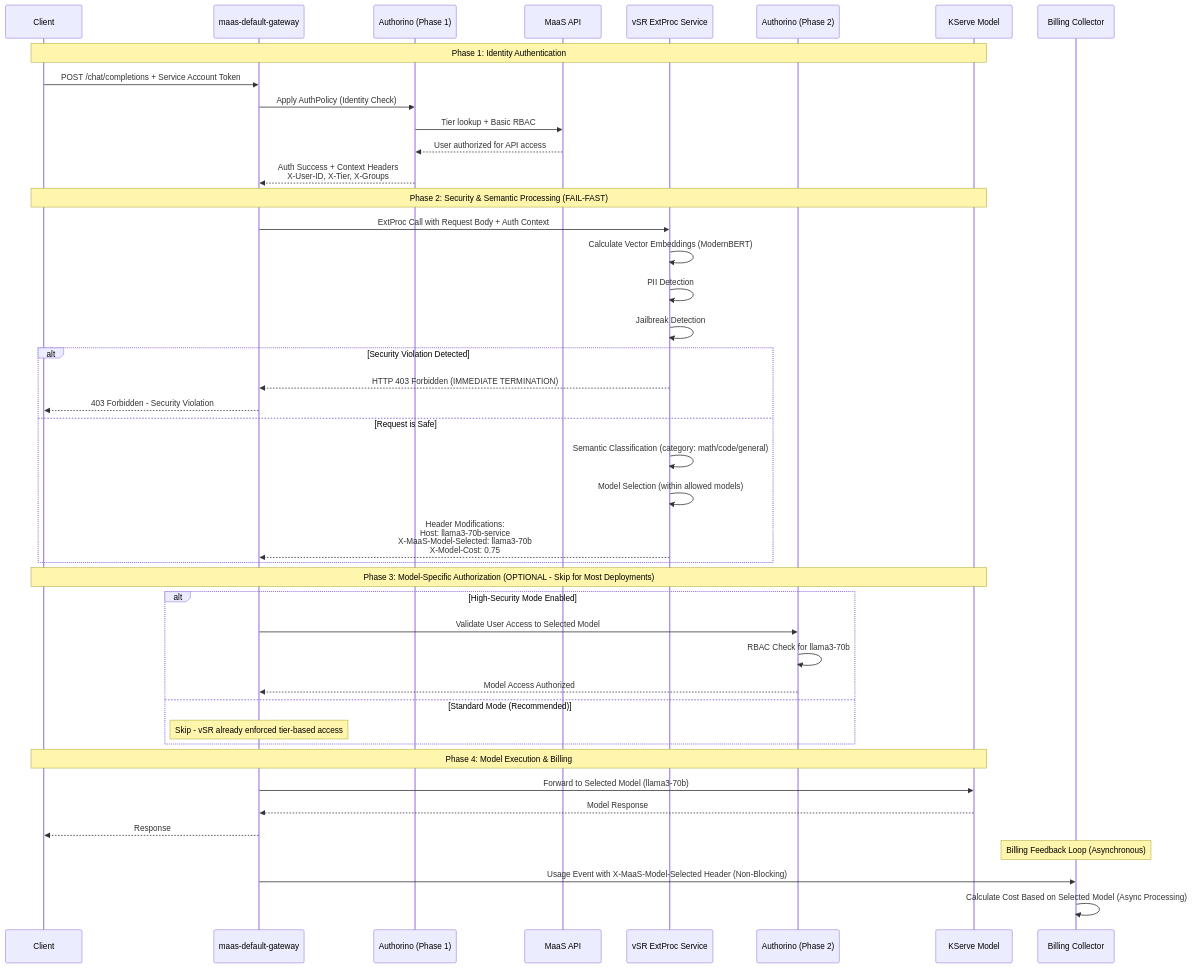
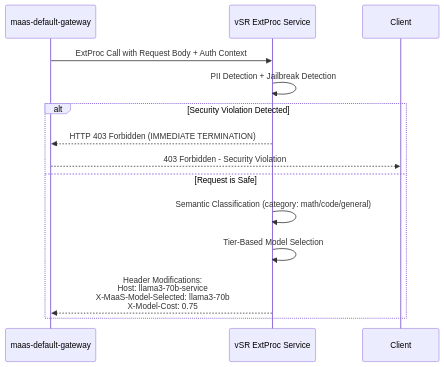
One commit to noyitz/maas-billing changed the tenth of 12 diagrams in docs/designs/vSR-Integration/README.md. Above: the diagram before and after it, drawn with Mermaid. The commit also changed other lines of this file, not shown here.

First line of the commit message:
Improve document clarity: break flow into phases and emphasize hybrid approach

````diff
--- a/docs/designs/vSR-Integration/README.md
+++ b/docs/designs/vSR-Integration/README.md
@@ -370,51 +382,18 @@
 ```mermaid
 sequenceDiagram
+    participant Gateway as maas-default-gateway
+    participant vSR as vSR ExtProc Service
     participant Client
-    participant Gateway as maas-default-gateway
-    participant Authorino as Authorino (Phase 1)
-    participant MaaSAPI as MaaS API
-    participant vSR as vSR ExtProc Service
-    participant Authorino2 as Authorino (Phase 2)
-    participant KServe as KServe Model
-    participant Billing as Billing Collector
     
-    Note over Client,KServe: Phase 1: Identity Authentication
-    Client->>Gateway: POST /chat/completions + Service Account Token
-    Gateway->>Authorino: Apply AuthPolicy (Identity Check)
-    Authorino->>MaaSAPI: Tier lookup + Basic RBAC
-    MaaSAPI-->>Authorino: User authorized for API access
-    Authorino-->>Gateway: Auth Success + Context Headers<br/>X-User-ID, X-Tier, X-Groups
-    
-    Note over Client,KServe: Phase 2: Security & Semantic Processing (FAIL-FAST)
     Gateway->>vSR: ExtProc Call with Request Body + Auth Context
-    vSR->>vSR: Calculate Vector Embeddings (ModernBERT)
-    vSR->>vSR: PII Detection
-    vSR->>vSR: Jailbreak Detection
+    vSR->>vSR: PII Detection + Jailbreak Detection
     
     alt Security Violation Detected
         vSR-->>Gateway: HTTP 403 Forbidden (IMMEDIATE TERMINATION)
         Gateway-->>Client: 403 Forbidden - Security Violation
     else Request is Safe
         vSR->>vSR: Semantic Classification (category: math/code/general)
-        vSR->>vSR: Model Selection (within allowed models)
+        vSR->>vSR: Tier-Based Model Selection
         vSR-->>Gateway: Header Modifications:<br/>Host: llama3-70b-service<br/>X-MaaS-Model-Selected: llama3-70b<br/>X-Model-Cost: 0.75
     end
-    
-    Note over Client,KServe: Phase 3: Model-Specific Authorization (OPTIONAL - Skip for Most Deployments)
-    alt High-Security Mode Enabled
-        Gateway->>Authorino2: Validate User Access to Selected Model
-        Authorino2->>Authorino2: RBAC Check for llama3-70b
-        Authorino2-->>Gateway: Model Access Authorized
-    else Standard Mode (Recommended)
-        Note over Gateway: Skip - vSR already enforced tier-based access
-    end
-    
-    Note over Client,KServe: Phase 4: Model Execution & Billing
-    Gateway->>KServe: Forward to Selected Model (llama3-70b)
-    KServe-->>Gateway: Model Response
-    Gateway-->>Client: Response
-    
-    Note over Billing: Billing Feedback Loop (Asynchronous)
-    Gateway->>Billing: Usage Event with X-MaaS-Model-Selected Header (Non-Blocking)
-    Billing->>Billing: Calculate Cost Based on Selected Model (Async Processing)
 ```
````
